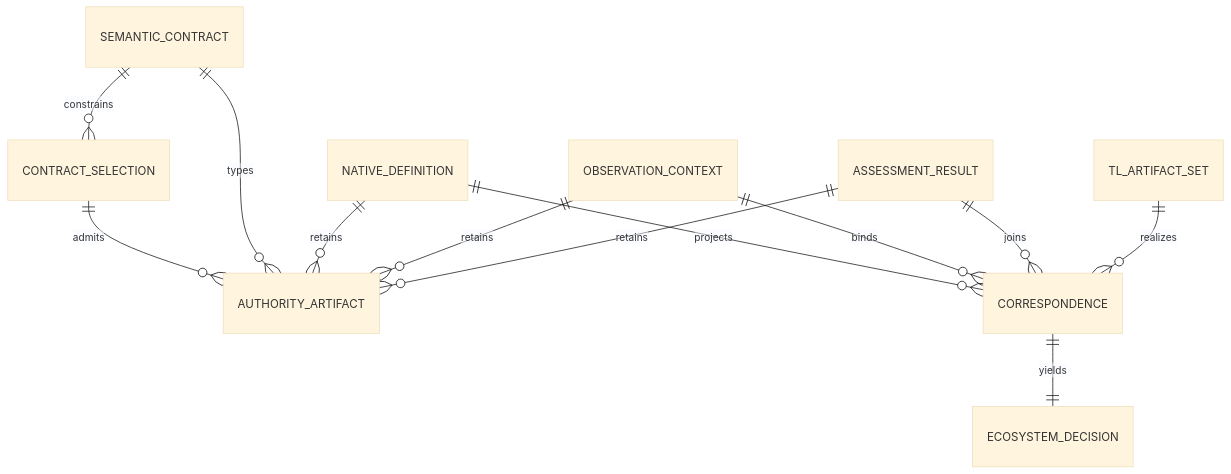
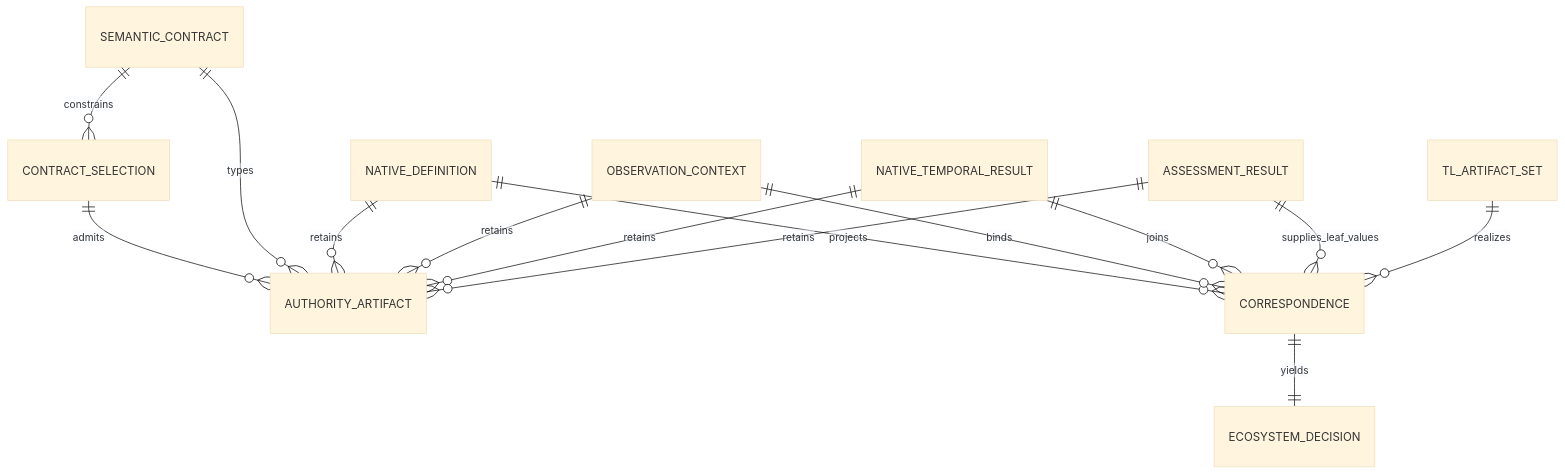
The diagram in spec/ecosystem/domain/DOM-001-origin-complete-temporal-ecosystem.md (agent-ix/tl-syntax), drawn with Mermaid (base theme) before and after one commit. The commit also changed other lines of this file and 19 other files, not shown here.

Commit message:
spec: correct native temporal result boundary

````diff
--- a/spec/ecosystem/domain/DOM-001-origin-complete-temporal-ecosystem.md
+++ b/spec/ecosystem/domain/DOM-001-origin-complete-temporal-ecosystem.md
@@ -78,14 +81,16 @@
 ```mermaid
 erDiagram
     CONTRACT_SELECTION ||--o{ AUTHORITY_ARTIFACT : admits
     SEMANTIC_CONTRACT ||--o{ CONTRACT_SELECTION : constrains
     SEMANTIC_CONTRACT ||--o{ AUTHORITY_ARTIFACT : types
     NATIVE_DEFINITION ||--o{ AUTHORITY_ARTIFACT : retains
     OBSERVATION_CONTEXT ||--o{ AUTHORITY_ARTIFACT : retains
+    NATIVE_TEMPORAL_RESULT ||--o{ AUTHORITY_ARTIFACT : retains
     ASSESSMENT_RESULT ||--o{ AUTHORITY_ARTIFACT : retains
     NATIVE_DEFINITION ||--o{ CORRESPONDENCE : projects
     OBSERVATION_CONTEXT ||--o{ CORRESPONDENCE : binds
-    ASSESSMENT_RESULT ||--o{ CORRESPONDENCE : joins
+    NATIVE_TEMPORAL_RESULT ||--o{ CORRESPONDENCE : joins
+    ASSESSMENT_RESULT ||--o{ CORRESPONDENCE : supplies_leaf_values
     TL_ARTIFACT_SET ||--o{ CORRESPONDENCE : realizes
     CORRESPONDENCE ||--|| ECOSYSTEM_DECISION : yields
 ```
````
